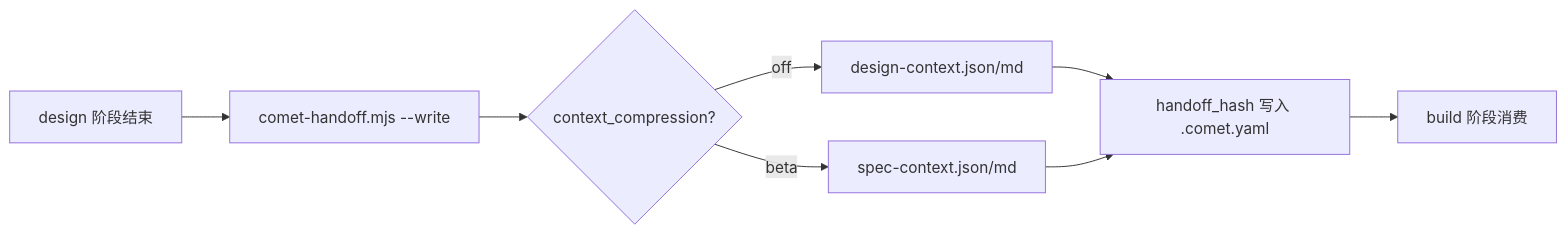
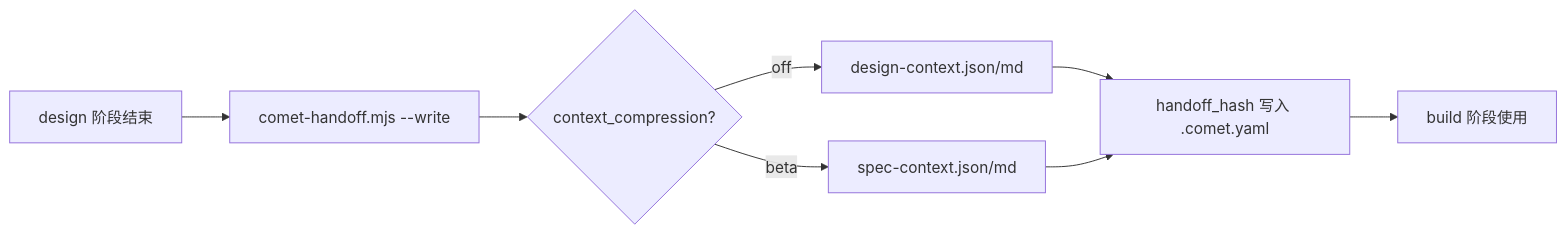
Before and after one commit to rpamis/comet-website-docs: the diagram in zh/concepts/context-compression.mdx, drawn with Mermaid. The commit also changed other lines of this file and 74 other files, not shown here.

````diff
--- a/zh/concepts/context-compression.mdx
+++ b/zh/concepts/context-compression.mdx
@@ -62,10 +62,10 @@
 ```mermaid
 flowchart LR
   A["design 阶段结束"] --> B["comet-handoff.mjs --write"]
   B --> C{"context_compression?"}
   C -->|off| D["design-context.json/md"]
   C -->|beta| E["spec-context.json/md"]
   D --> F["handoff_hash 写入 .comet.yaml"]
   E --> F
-  F --> G["build 阶段消费"]
+  F --> G["build 阶段使用"]
 ```
````
